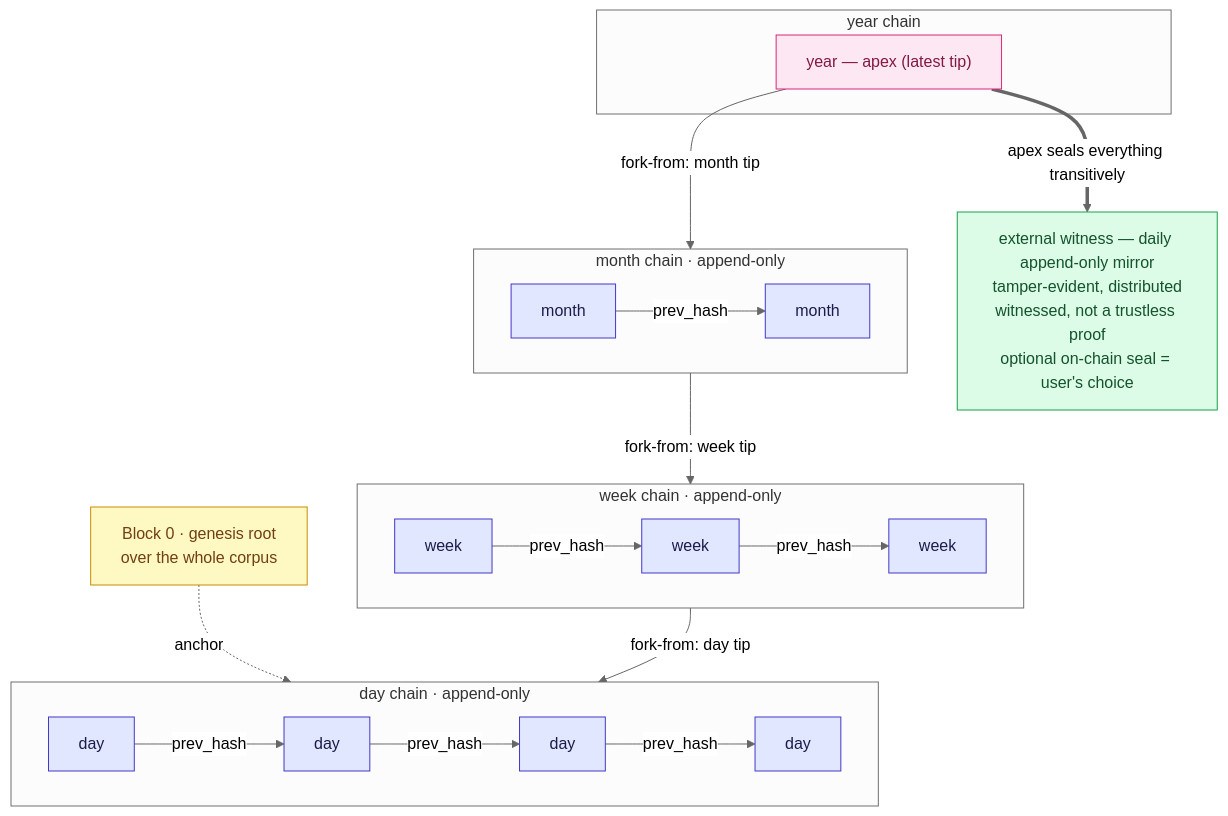
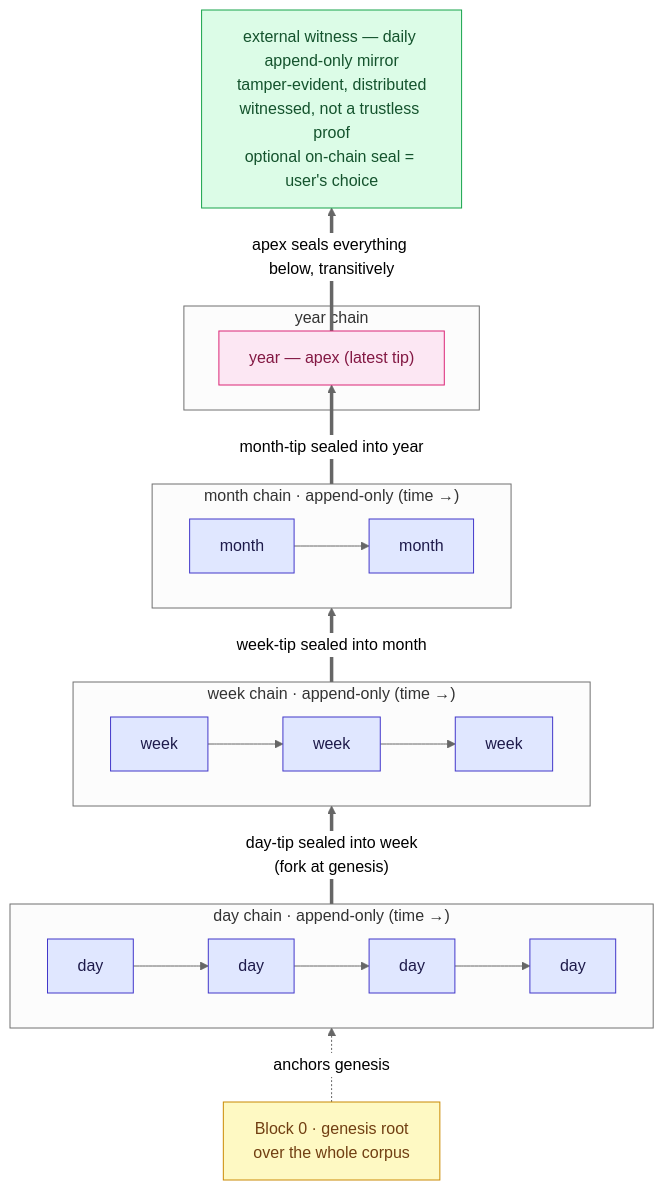
The third of 3 diagrams in docs/architecture.md (chrl57l4n/sovereign-memory-protocol), drawn with Mermaid (neutral theme) before and after one commit. The commit also changed other lines of this file, not shown here.

Commit message:
fix(diagram 3): flow bottom-up (day→week→month→year apex), match the natural reading
Cross-tier arrows now follow the construction/time flow (lower tier seals into higher)
instead of the crypto-pointer direction; drop misleading prev_hash labels on the
forward day arrows; add 'read bottom-up' note. Per Christian's catch.

````diff
--- a/docs/architecture.md
+++ b/docs/architecture.md
@@ -121,36 +125,35 @@
 ```mermaid
-flowchart TB
+flowchart BT
     B0["Block 0 · genesis root<br/>over the whole corpus"]
 
+    subgraph DAY["day chain · append-only (time →)"]
+        direction LR
+        d1["day"] --> d2["day"] --> d3["day"] --> d4["day"]
+    end
+    subgraph WEEK["week chain · append-only (time →)"]
+        direction LR
+        w1["week"] --> w2["week"] --> w3["week"]
+    end
+    subgraph MONTH["month chain · append-only (time →)"]
+        direction LR
+        m1["month"] --> m2["month"]
+    end
     subgraph YEAR["year chain"]
         y1["year — apex (latest tip)"]
     end
-    subgraph MONTH["month chain · append-only"]
-        direction LR
-        m1["month"] -->|prev_hash| m2["month"]
-    end
-    subgraph WEEK["week chain · append-only"]
-        direction LR
-        w1["week"] -->|prev_hash| w2["week"] -->|prev_hash| w3["week"]
-    end
-    subgraph DAY["day chain · append-only"]
-        direction LR
-        d1["day"] -->|prev_hash| d2["day"] -->|prev_hash| d3["day"] -->|prev_hash| d4["day"]
-    end
 
-    B0 -.->|anchor| d1
-    y1 -->|"fork-from: month tip"| m2
-    m2 -->|"fork-from: week tip"| w3
-    w3 -->|"fork-from: day tip"| d4
-
-    y1 ==>|"apex seals everything transitively"| WIT["external witness — daily append-only mirror<br/>tamper-evident, distributed<br/>witnessed, not a trustless proof<br/>optional on-chain seal = user's choice"]
+    B0 -.->|anchors genesis| d1
+    d4 ==>|"day-tip sealed into week<br/>(fork at genesis)"| w3
+    w3 ==>|"week-tip sealed into month"| m2
+    m2 ==>|"month-tip sealed into year"| y1
+    y1 ==>|"apex seals everything below, transitively"| WIT["external witness — daily append-only mirror<br/>tamper-evident, distributed<br/>witnessed, not a trustless proof<br/>optional on-chain seal = user's choice"]
 
     classDef blk fill:#e0e7ff,stroke:#4338ca,color:#1e1b4b;
     classDef apex fill:#fce7f3,stroke:#db2777,color:#831843;
     classDef genesis fill:#fef9c3,stroke:#ca8a04,color:#713f12;
     classDef witness fill:#dcfce7,stroke:#16a34a,color:#14532d;
     class d1,d2,d3,d4,w1,w2,w3,m1,m2 blk;
     class y1 apex;
     class B0 genesis;
     class WIT witness;
 ```
````
